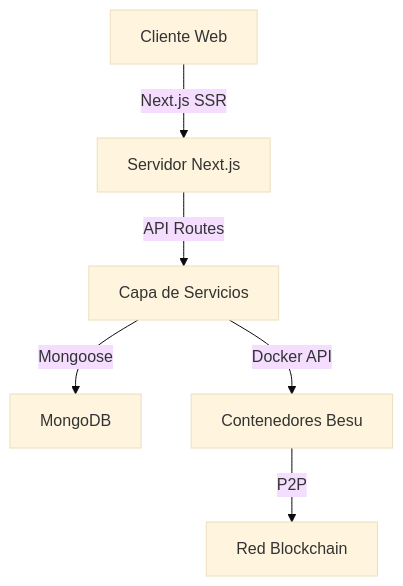
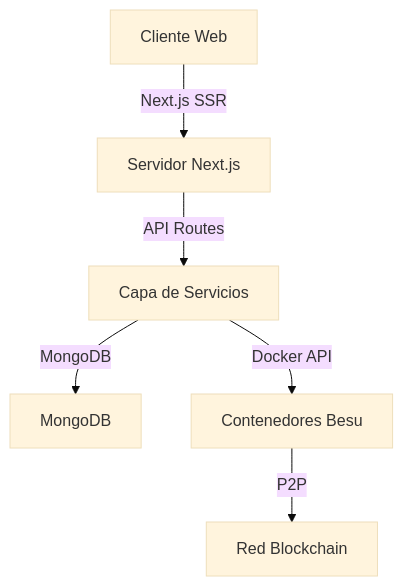
One commit to codecrypto-academy/pfm-web2.5-jun25 changed the diagram in Web25-besu-2025/web/README.md. Above: the diagram before and after it, drawn with Mermaid (base theme). The commit also changed other lines of this file, not shown here.

````diff
--- a/Web25-besu-2025/web/README.md
+++ b/Web25-besu-2025/web/README.md
@@ -10,8 +10,8 @@
 ```mermaid
 graph TD
     A[Cliente Web] -->|Next.js SSR| B[Servidor Next.js]
     B -->|API Routes| C[Capa de Servicios]
-    C -->|Mongoose| D[MongoDB]
+    C -->|MongoDB| D[MongoDB]
     C -->|Docker API| E[Contenedores Besu]
     E -->|P2P| F[Red Blockchain]
 ```
````
